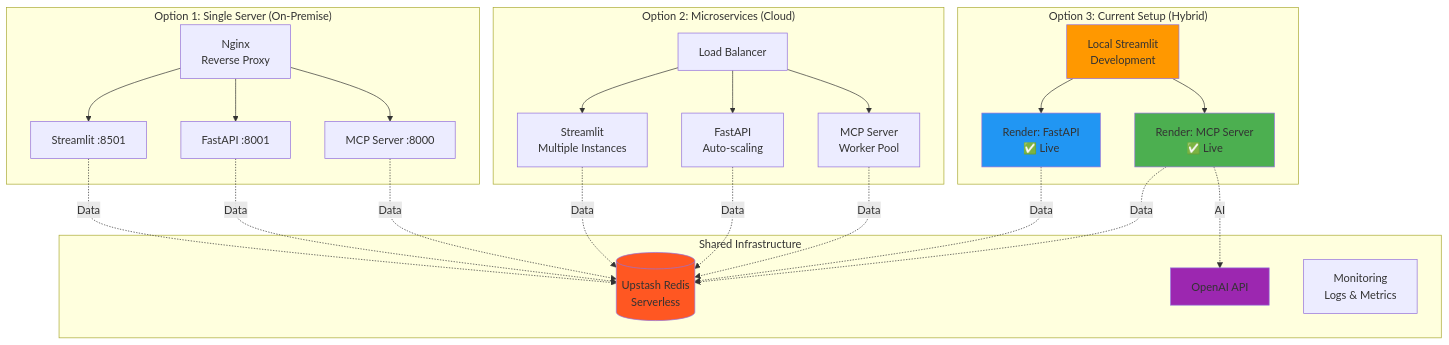
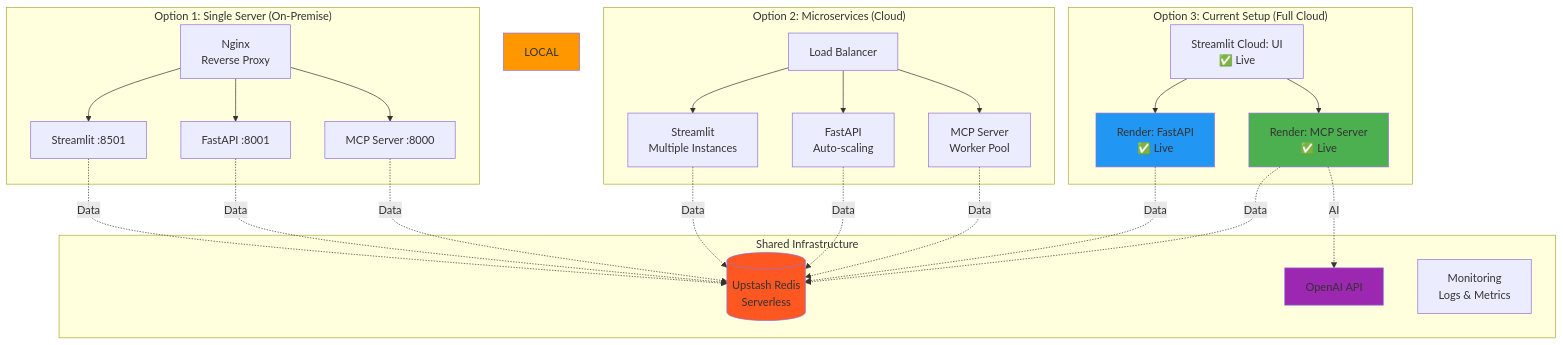
One commit to shivansh-2003/Data-Assistant changed diagram 19 of 19 in README.md. Above: the diagram before and after it, drawn with Mermaid. The commit also changed other lines of this file and 3 other files, not shown here.

````diff
--- a/README.md
+++ b/README.md
@@ -891,49 +906,49 @@
 ```mermaid
 flowchart TD
     subgraph "Option 1: Single Server (On-Premise)"
         NGINX[Nginx<br/>Reverse Proxy]
         NGINX --> UI1[Streamlit :8501]
         NGINX --> API1[FastAPI :8001]
         NGINX --> MCP1[MCP Server :8000]
     end
     
     subgraph "Option 2: Microservices (Cloud)"
         LB[Load Balancer]
         LB --> UI2[Streamlit<br/>Multiple Instances]
         LB --> API2[FastAPI<br/>Auto-scaling]
         LB --> MCP2[MCP Server<br/>Worker Pool]
     end
     
-    subgraph "Option 3: Current Setup (Hybrid)"
-        LOCAL[Local Streamlit<br/>Development]
+    subgraph "Option 3: Current Setup (Full Cloud)"
+        STREAMLIT_CLOUD[Streamlit Cloud: UI<br/>✅ Live]
         RENDER_MCP[Render: MCP Server<br/>✅ Live]
         RENDER_API[Render: FastAPI<br/>✅ Live]
         
-        LOCAL --> RENDER_API
-        LOCAL --> RENDER_MCP
+        STREAMLIT_CLOUD --> RENDER_API
+        STREAMLIT_CLOUD --> RENDER_MCP
     end
     
     subgraph "Shared Infrastructure"
         REDIS2[(Upstash Redis<br/>Serverless)]
         OPENAI2[OpenAI API]
         MONITORING[Monitoring<br/>Logs & Metrics]
     end
     
     UI1 -.->|Data| REDIS2
     API1 -.->|Data| REDIS2
     MCP1 -.->|Data| REDIS2
     
     UI2 -.->|Data| REDIS2
     API2 -.->|Data| REDIS2
     MCP2 -.->|Data| REDIS2
     
     RENDER_API -.->|Data| REDIS2
     RENDER_MCP -.->|Data| REDIS2
     RENDER_MCP -.->|AI| OPENAI2
     
     style RENDER_MCP fill:#4CAF50
     style RENDER_API fill:#2196F3
     style LOCAL fill:#FF9800
     style REDIS2 fill:#FF5722
     style OPENAI2 fill:#9C27B0
 ```
````
